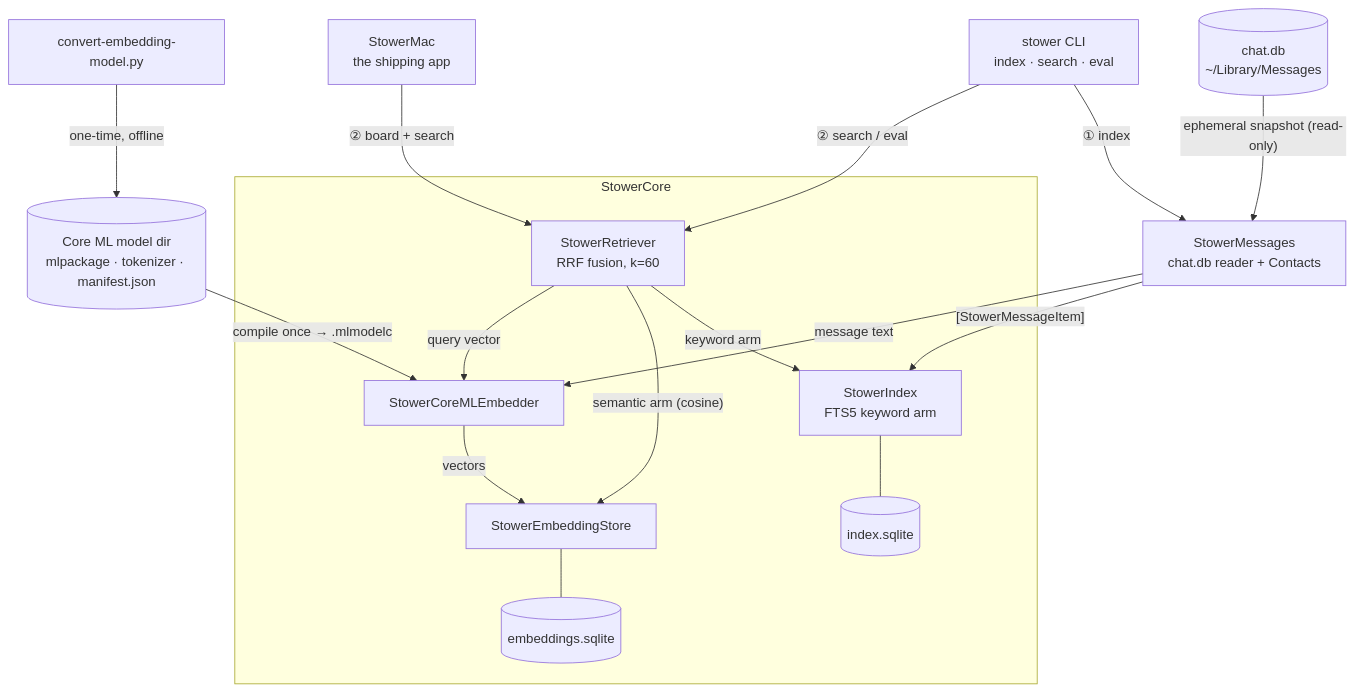
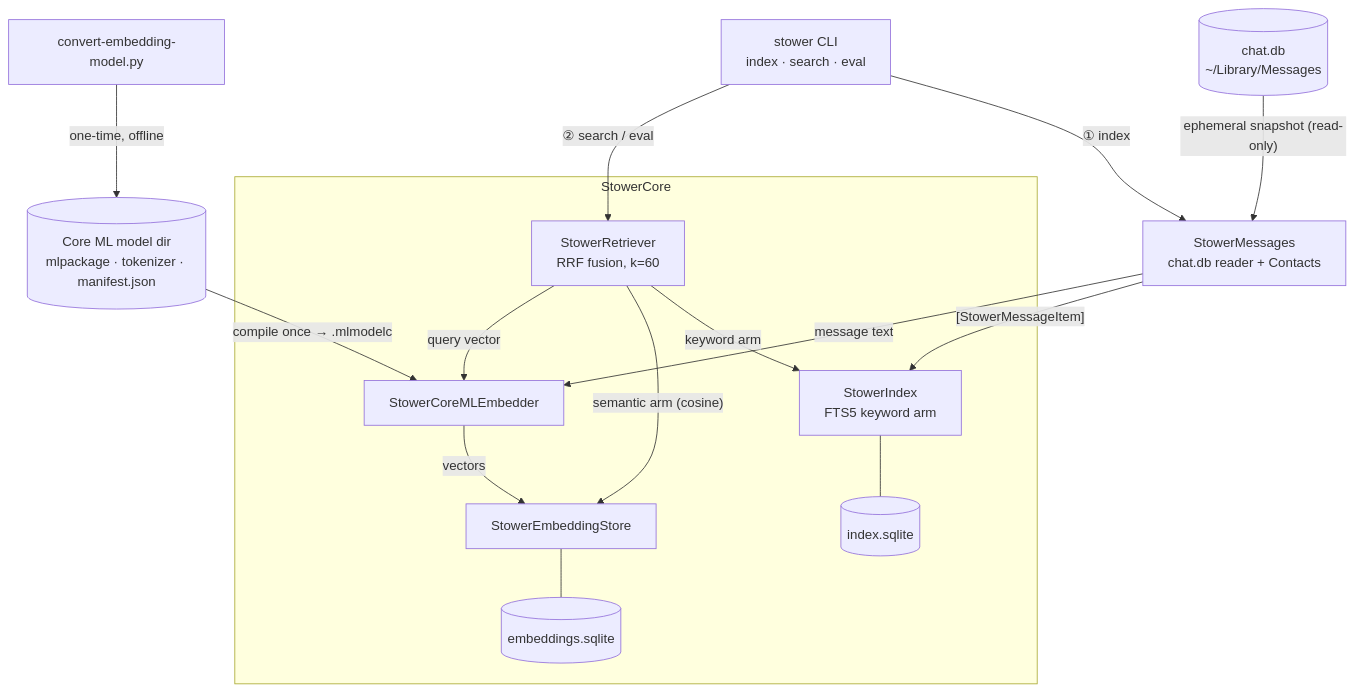
The diagram in README.md (emilykangdev/stower), drawn with Mermaid before and after one commit. The commit also changed other lines of this file and 1 other file, not shown here.

````diff
--- a/README.md
+++ b/README.md
@@ -73,36 +76,34 @@
 ```mermaid
 flowchart TD
     chatdb[("chat.db<br/>~/Library/Messages")]
     convert["convert-embedding-model.py"]
     model[("Core ML model dir<br/>mlpackage · tokenizer · manifest.json")]
     convert -->|"one-time, offline"| model
 
     cli["stower CLI<br/>index · search · eval"]
-    mac["StowerMac<br/>the shipping app"]
     msgs["StowerMessages<br/>chat.db reader + Contacts"]
 
     subgraph core["StowerCore"]
         index["StowerIndex<br/>FTS5 keyword arm"]
         store["StowerEmbeddingStore"]
         embedder["StowerCoreMLEmbedder"]
         retriever["StowerRetriever<br/>RRF fusion, k=60"]
         idxdb[("index.sqlite")]
         embdb[("embeddings.sqlite")]
         index --- idxdb
         store --- embdb
     end
 
     chatdb -->|"ephemeral snapshot (read-only)"| msgs
 
     cli -->|"① index"| msgs
     msgs -->|"[StowerMessageItem]"| index
     msgs -->|"message text"| embedder
     model -->|"compile once → .mlmodelc"| embedder
     embedder -->|"vectors"| store
 
     cli -->|"② search / eval"| retriever
-    mac -->|"② board + search"| retriever
     retriever -->|"keyword arm"| index
     retriever -->|"semantic arm (cosine)"| store
     retriever -->|"query vector"| embedder
 ```
````
